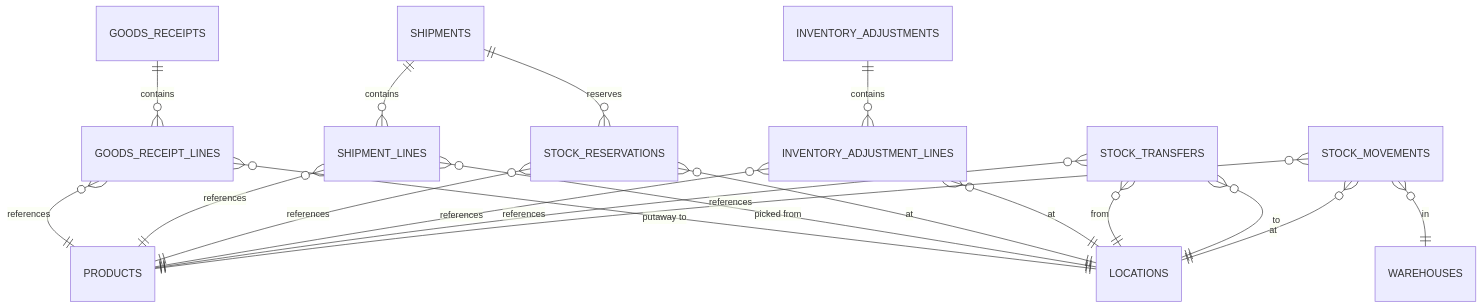
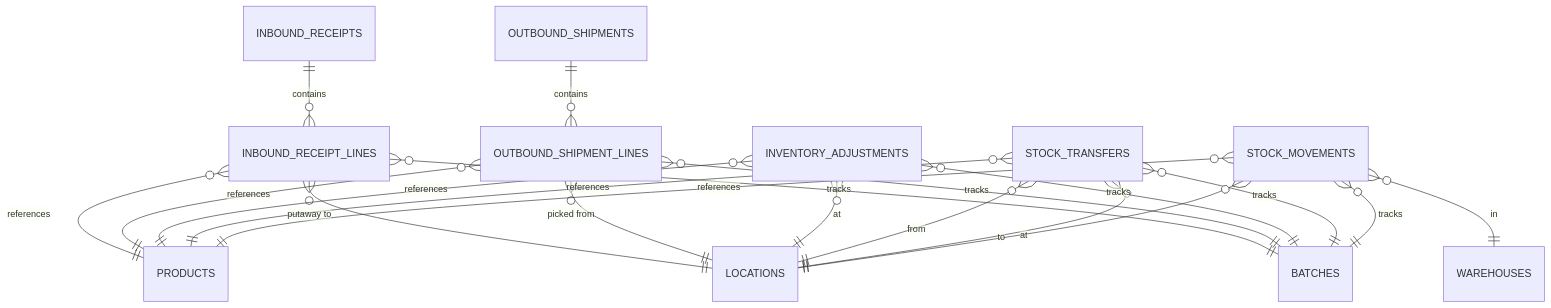
The diagram in documents/InventoryOperations/MODULE_03_BASE.md (UTT-k74HT22/WareHouseSystem-BE), drawn with Mermaid before and after one commit. The commit also changed other lines of this file and 3 other files, not shown here.

````diff
--- a/documents/InventoryOperations/MODULE_03_BASE.md
+++ b/documents/InventoryOperations/MODULE_03_BASE.md
@@ -138,26 +137,26 @@
 ```mermaid
 erDiagram
-    GOODS_RECEIPTS ||--o{ GOODS_RECEIPT_LINES : contains
-    GOODS_RECEIPT_LINES }o--|| PRODUCTS : references
-    GOODS_RECEIPT_LINES }o--|| LOCATIONS : "putaway to"
+    INBOUND_RECEIPTS ||--o{ INBOUND_RECEIPT_LINES : contains
+    INBOUND_RECEIPT_LINES }o--|| PRODUCTS : references
+    INBOUND_RECEIPT_LINES }o--|| LOCATIONS : "putaway to"
+    INBOUND_RECEIPT_LINES }o--|| BATCHES : "tracks"
     
-    SHIPMENTS ||--o{ SHIPMENT_LINES : contains
-    SHIPMENT_LINES }o--|| PRODUCTS : references
-    SHIPMENT_LINES }o--|| LOCATIONS : "picked from"
+    OUTBOUND_SHIPMENTS ||--o{ OUTBOUND_SHIPMENT_LINES : contains
+    OUTBOUND_SHIPMENT_LINES }o--|| PRODUCTS : references
+    OUTBOUND_SHIPMENT_LINES }o--|| LOCATIONS : "picked from"
+    OUTBOUND_SHIPMENT_LINES }o--|| BATCHES : "tracks"
     
-    SHIPMENTS ||--o{ STOCK_RESERVATIONS : "reserves"
-    STOCK_RESERVATIONS }o--|| PRODUCTS : references
-    STOCK_RESERVATIONS }o--|| LOCATIONS : "at"
-    
-    INVENTORY_ADJUSTMENTS ||--o{ INVENTORY_ADJUSTMENT_LINES : contains
-    INVENTORY_ADJUSTMENT_LINES }o--|| PRODUCTS : references
-    INVENTORY_ADJUSTMENT_LINES }o--|| LOCATIONS : "at"
+    INVENTORY_ADJUSTMENTS }o--|| PRODUCTS : references
+    INVENTORY_ADJUSTMENTS }o--|| LOCATIONS : "at"
+    INVENTORY_ADJUSTMENTS }o--|| BATCHES : "tracks"
     
     STOCK_TRANSFERS }o--|| PRODUCTS : references
     STOCK_TRANSFERS }o--|| LOCATIONS : "from"
     STOCK_TRANSFERS }o--|| LOCATIONS : "to"
+    STOCK_TRANSFERS }o--|| BATCHES : "tracks"
     
     STOCK_MOVEMENTS }o--|| PRODUCTS : references
     STOCK_MOVEMENTS }o--|| LOCATIONS : "at"
     STOCK_MOVEMENTS }o--|| WAREHOUSES : "in"
+    STOCK_MOVEMENTS }o--|| BATCHES : "tracks"
 ```
````
